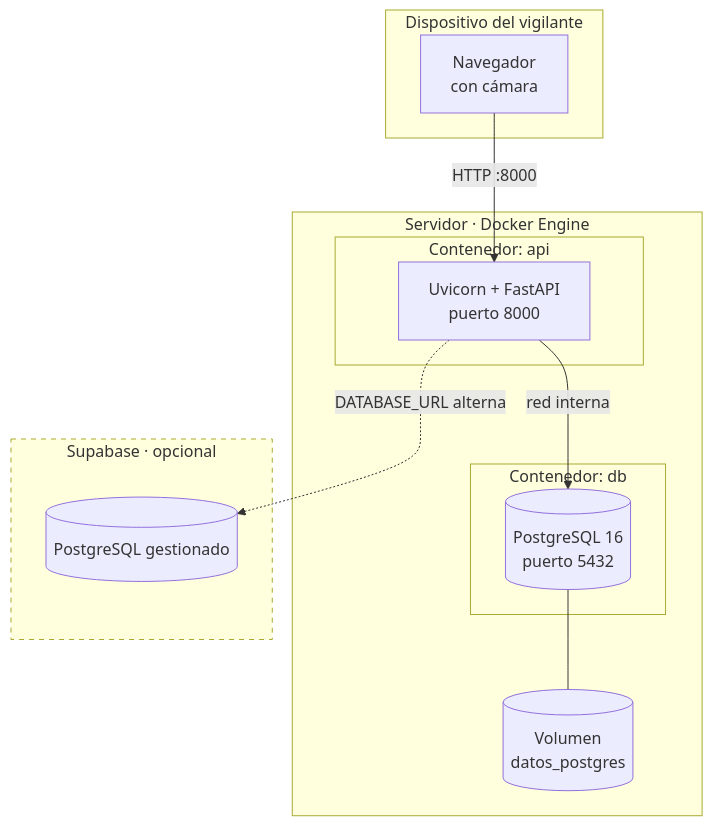
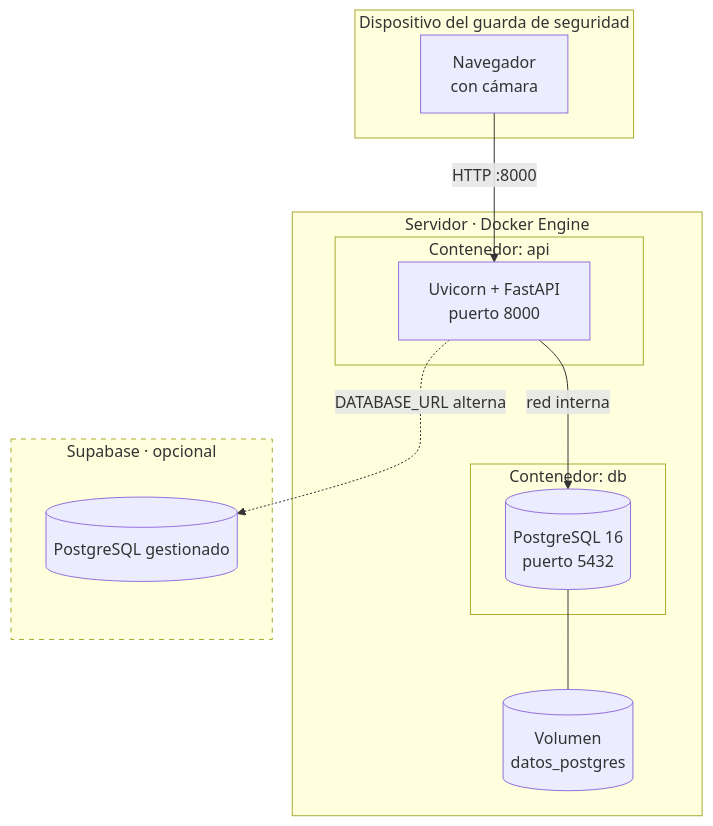
The eighth of 8 diagrams in docs/04-diagramas-uml.md (NecroAnubis/SkilledGuard), drawn with Mermaid before and after one commit. The commit also changed other lines of this file and 24 other files, not shown here.

First line of the commit message:
feat: documento del responsable y el rol se nombra guarda de seguridad (#24)

````diff
--- a/docs/04-diagramas-uml.md
+++ b/docs/04-diagramas-uml.md
@@ -372,27 +372,27 @@
 ```mermaid
 graph TB
-    subgraph DISPOSITIVO[Dispositivo del vigilante]
+    subgraph DISPOSITIVO[Dispositivo del guarda de seguridad]
         BROWSER[Navegador<br/>con cámara]
     end
 
     subgraph SERVIDOR[Servidor · Docker Engine]
         subgraph C1[Contenedor: api]
             UVICORN[Uvicorn + FastAPI<br/>puerto 8000]
         end
         subgraph C2[Contenedor: db]
             POSTGRES[(PostgreSQL 16<br/>puerto 5432)]
         end
         VOL[(Volumen<br/>datos_postgres)]
     end
 
     subgraph NUBE[Supabase · opcional]
         SUPA[(PostgreSQL gestionado)]
     end
 
     BROWSER -->|HTTP :8000| UVICORN
     UVICORN -->|red interna| POSTGRES
     POSTGRES --- VOL
     UVICORN -.->|DATABASE_URL alterna| SUPA
 
     style NUBE stroke-dasharray: 5 5
 ```
````
